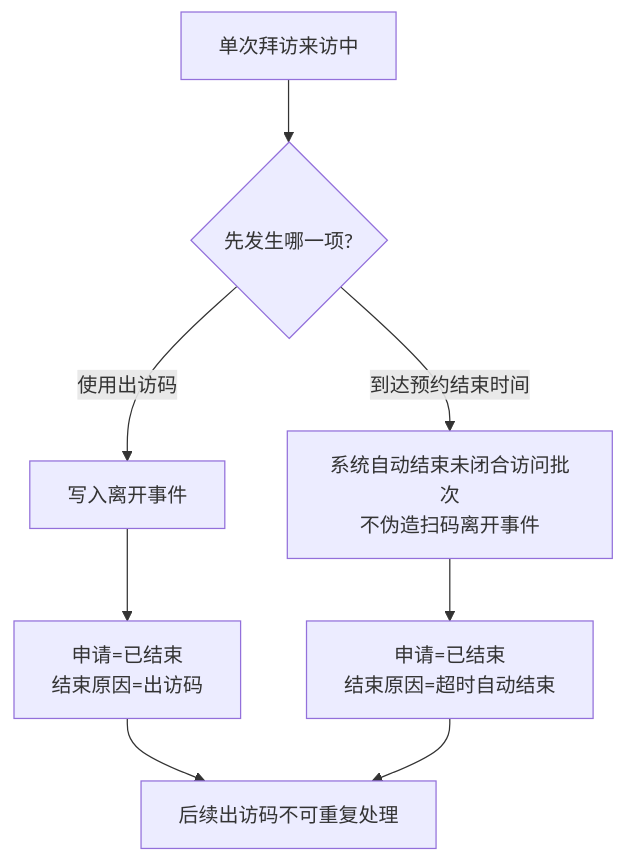
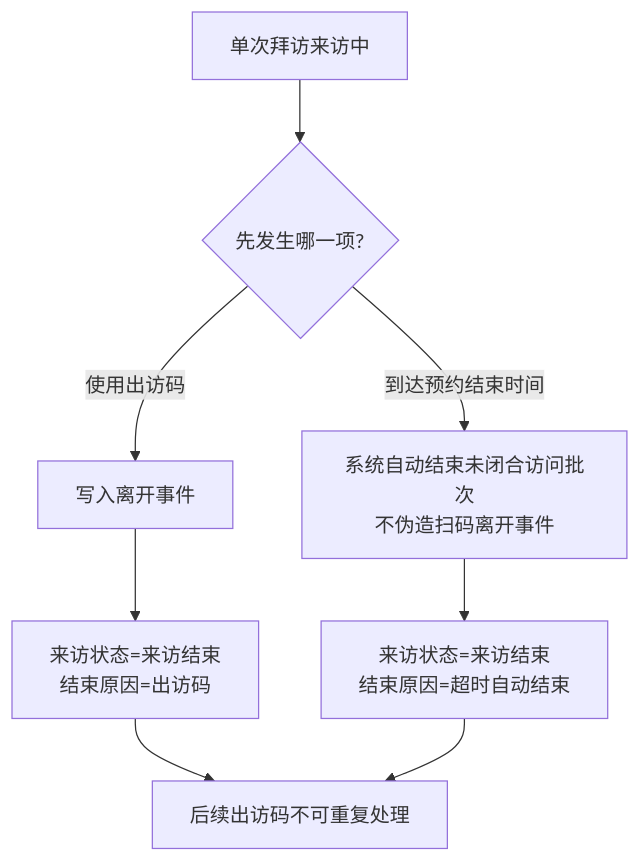
The seventh of 7 diagrams in docs/integration/02-核心业务流程.md (tangxiaochen755-droid/visitor-phase1-visual-blue), drawn with Mermaid before and after one commit. The commit also changed other lines of this file and 11 other files, not shown here.

````diff
--- a/docs/integration/02-核心业务流程.md
+++ b/docs/integration/02-核心业务流程.md
@@ -132,10 +132,10 @@
 ```mermaid
 flowchart TD
   A[单次拜访来访中] --> B{先发生哪一项?}
   B -- 使用出访码 --> C[写入离开事件]
-  C --> D[申请=已结束<br/>结束原因=出访码]
+  C --> D[来访状态=来访结束<br/>结束原因=出访码]
   B -- 到达预约结束时间 --> E[系统自动结束未闭合访问批次<br/>不伪造扫码离开事件]
-  E --> F[申请=已结束<br/>结束原因=超时自动结束]
+  E --> F[来访状态=来访结束<br/>结束原因=超时自动结束]
   D --> G[后续出访码不可重复处理]
   F --> G
 ```
````
